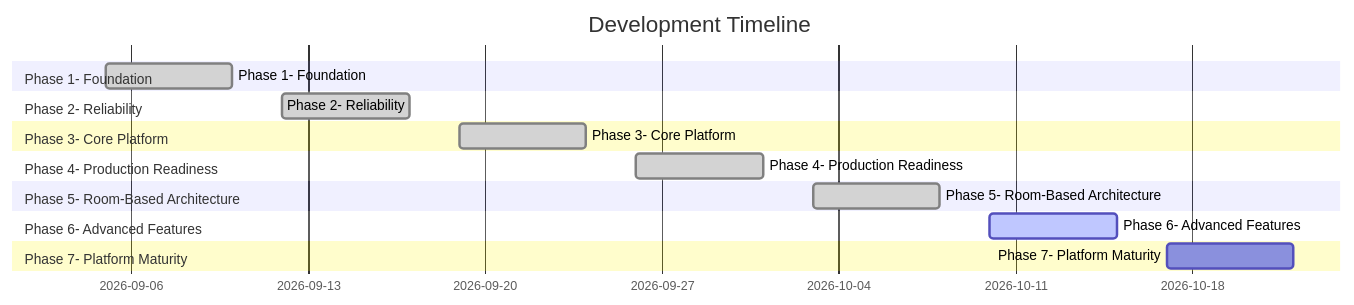
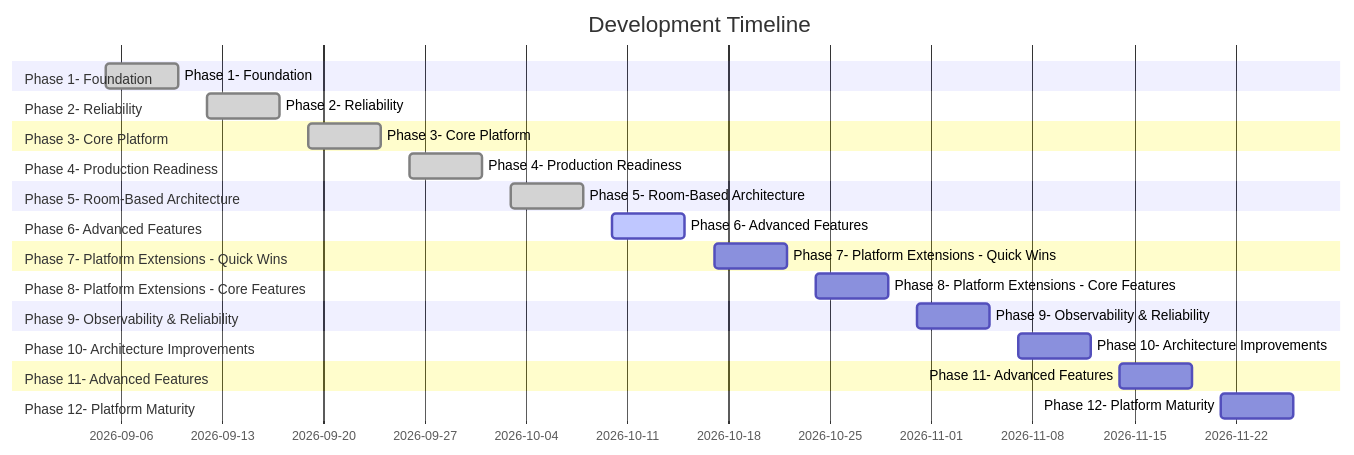
Before and after one commit to Alkamenos/smart-home-platform: the diagram in ROADMAP.md, drawn with Mermaid. The commit also changed other lines of this file and 1 other file, not shown here.

Commit message:
docs: update roadmap

````diff
--- a/ROADMAP.md
+++ b/ROADMAP.md
@@ -5,27 +5,42 @@
 ```mermaid
 gantt
     title Development Timeline
     dateFormat YYYY-MM-DD
 
     section Phase 1- Foundation
     Phase 1- Foundation :done, p1, 2026-09-05, 2026-09-10
 
     section Phase 2- Reliability
     Phase 2- Reliability :done, p2, 2026-09-12, 2026-09-17
 
     section Phase 3- Core Platform
     Phase 3- Core Platform :done, p3, 2026-09-19, 2026-09-24
 
     section Phase 4- Production Readiness
     Phase 4- Production Readiness :done, p4, 2026-09-26, 2026-10-01
 
     section Phase 5- Room-Based Architecture
     Phase 5- Room-Based Architecture :done, p5, 2026-10-03, 2026-10-08
 
     section Phase 6- Advanced Features
     Phase 6- Advanced Features :active, p6, 2026-10-10, 2026-10-15
 
-    section Phase 7- Platform Maturity
-    Phase 7- Platform Maturity :p7, 2026-10-17, 2026-10-22
+    section Phase 7- Platform Extensions - Quick Wins
+    Phase 7- Platform Extensions - Quick Wins :p7, 2026-10-17, 2026-10-22
+
+    section Phase 8- Platform Extensions - Core Features
+    Phase 8- Platform Extensions - Core Features :p8, 2026-10-24, 2026-10-29
+
+    section Phase 9- Observability & Reliability
+    Phase 9- Observability & Reliability :p9, 2026-10-31, 2026-11-05
+
+    section Phase 10- Architecture Improvements
+    Phase 10- Architecture Improvements :p10, 2026-11-07, 2026-11-12
+
+    section Phase 11- Advanced Features
+    Phase 11- Advanced Features :p11, 2026-11-14, 2026-11-19
+
+    section Phase 12- Platform Maturity
+    Phase 12- Platform Maturity :p12, 2026-11-21, 2026-11-26
 
 ```
````
